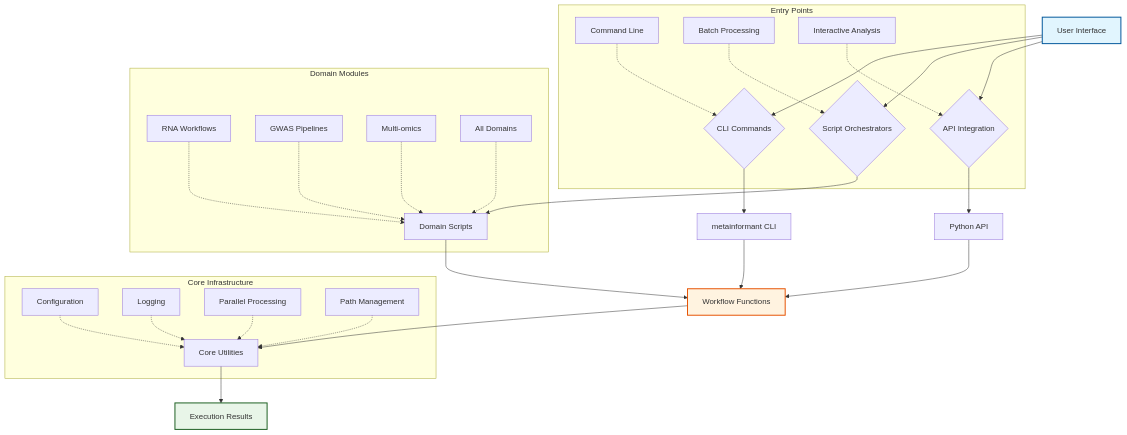
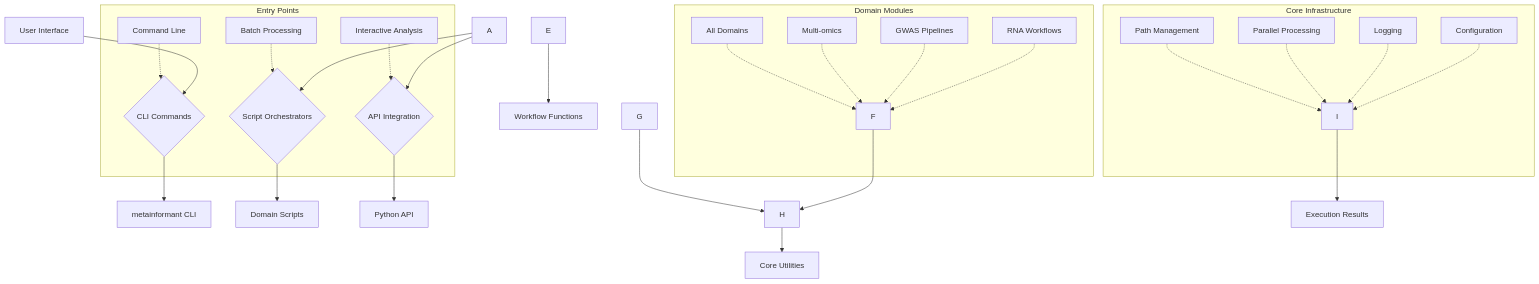
One commit to docxology/MetaInformAnt changed the first of 4 diagrams in scripts/README.md. Above: the diagram before and after it, drawn with Mermaid. The commit also changed other lines of this file and 611 other files, not shown here.

````diff
--- a/scripts/README.md
+++ b/scripts/README.md
@@ -46,41 +46,38 @@
 ```mermaid
 graph TD
-    A[User Interface] --> B{CLI Commands}
+    AuserInterface[User Interface] --> B{CLI Commands}
     A --> C{Script Orchestrators}
     A --> D{API Integration}
 
-    B --> E[metainformant CLI]
-    C --> F[Domain Scripts]
-    D --> G[Python API]
+    B --> EmetainformantCli[metainformant CLI]
+    C --> FdomainScripts[Domain Scripts]
+    D --> GpythonApi[Python API]
 
-    E --> H[Workflow Functions]
+    E --> HworkflowFunctions[Workflow Functions]
     F --> H
     G --> H
 
-    H --> I[Core Utilities]
-    I --> J[Execution Results]
+    H --> IcoreUtilities[Core Utilities]
+    I --> JexecutionResults[Execution Results]
 
-    style A fill:#e1f5fe,stroke:#01579b,stroke-width:2px
-    style H fill:#fff3e0,stroke:#e65100,stroke-width:2px
-    style J fill:#e8f5e8,stroke:#1b5e20,stroke-width:2px
 
     subgraph "Entry Points"
-        K[Command Line] -.-> B
-        L[Batch Processing] -.-> C
-        M[Interactive Analysis] -.-> D
+        KcommandLine[Command Line] -.-> B
+        LbatchProcessing[Batch Processing] -.-> C
+        MinteractiveAnalysis[Interactive Analysis] -.-> D
     end
 
     subgraph "Domain Modules"
-        N[RNA Workflows] -.-> F
-        O[GWAS Pipelines] -.-> F
+        NrnaWorkflows[RNA Workflows] -.-> F
+        OgwasPipelines[GWAS Pipelines] -.-> F
         P[Multi-omics] -.-> F
-        Q[All Domains] -.-> F
+        QallDomains[All Domains] -.-> F
     end
 
     subgraph "Core Infrastructure"
         R[Configuration] -.-> I
         S[Logging] -.-> I
-        T[Parallel Processing] -.-> I
-        U[Path Management] -.-> I
+        TparallelProcessing[Parallel Processing] -.-> I
+        UpathManagement[Path Management] -.-> I
     end
 ```
````
